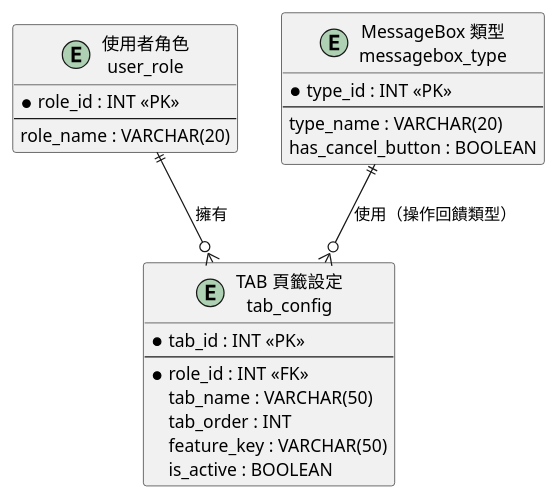
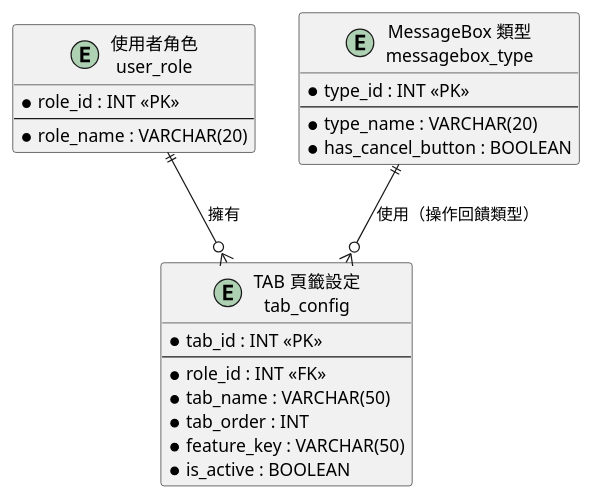
The diagram in output/A009/A009-er.puml (teyhawzhe/bento-uml), drawn with PlantUML before and after one commit. The commit also changed 8 other files, not shown here.

```diff
--- a/output/A009/A009-er.puml
+++ b/output/A009/A009-er.puml
@@ -1,29 +1,29 @@
 @startuml A009-er
 
 entity "使用者角色\nuser_role" as UserRole {
     * role_id : INT <<PK>>
     --
-    role_name : VARCHAR(20)
+    * role_name : VARCHAR(20)
 }
 
 entity "TAB 頁籤設定\ntab_config" as TabConfig {
     * tab_id : INT <<PK>>
     --
     * role_id : INT <<FK>>
-    tab_name : VARCHAR(50)
-    tab_order : INT
-    feature_key : VARCHAR(50)
-    is_active : BOOLEAN
+    * tab_name : VARCHAR(50)
+    * tab_order : INT
+    * feature_key : VARCHAR(50)
+    * is_active : BOOLEAN
 }
 
 entity "MessageBox 類型\nmessagebox_type" as MsgBoxType {
     * type_id : INT <<PK>>
     --
-    type_name : VARCHAR(20)
-    has_cancel_button : BOOLEAN
+    * type_name : VARCHAR(20)
+    * has_cancel_button : BOOLEAN
 }
 
 UserRole ||--o{ TabConfig : "擁有"
 MsgBoxType ||--o{ TabConfig : "使用（操作回饋類型）"
 
 @enduml
```
